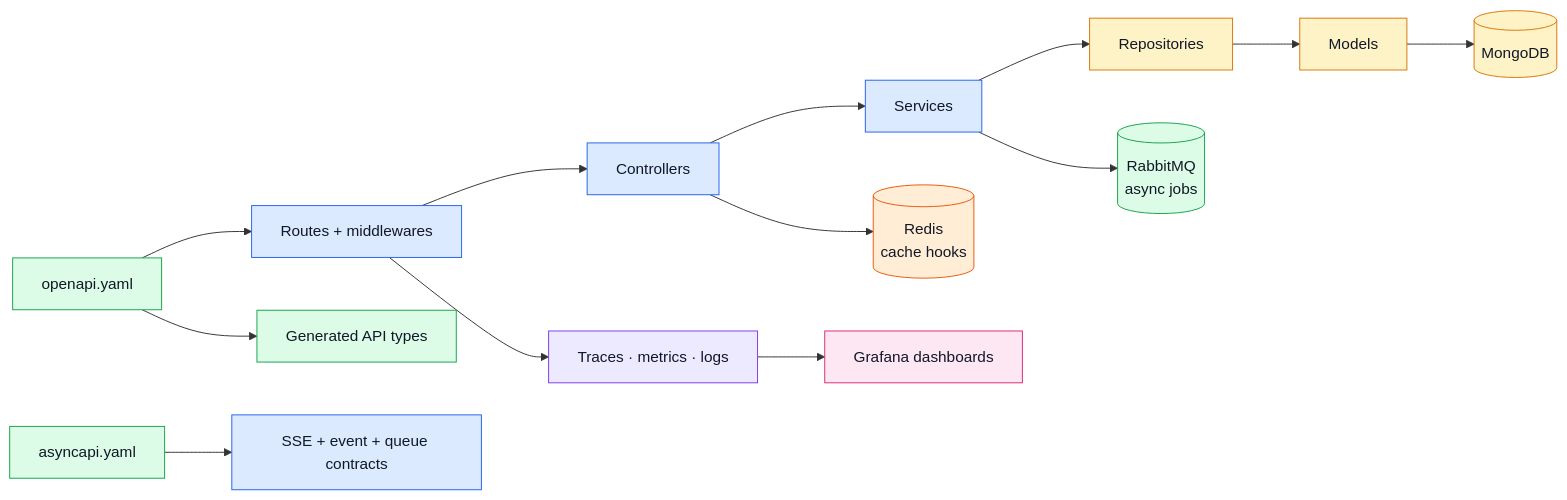
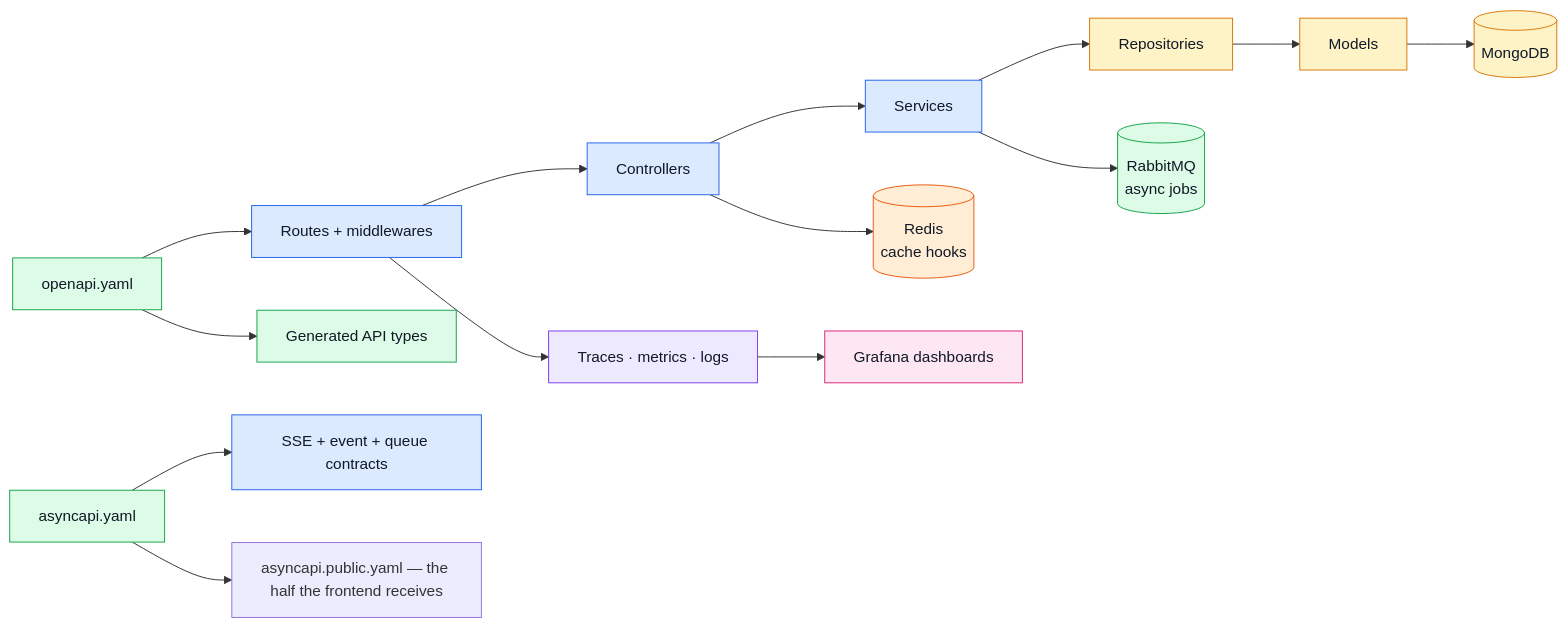
Before and after one commit to Guebbit/boilerplate-node-backend: the second of 2 diagrams in docs/index.md, drawn with Mermaid. The commit also changed 25 other files, not shown here.

````diff
--- a/docs/index.md
+++ b/docs/index.md
@@ -89,32 +89,33 @@
 ```mermaid
 %%{init: {'flowchart': {'nodeSpacing': 55, 'rankSpacing': 70}}}%%
 flowchart LR
     OpenSpec[openapi.yaml] --> Routes[Routes + middlewares]
     AsyncSpec[asyncapi.yaml] --> Realtime[SSE + event + queue contracts]
+    AsyncSpec --> Public[asyncapi.public.yaml — the half the frontend receives]
     Routes --> Controllers[Controllers]
     Controllers --> Services[Services]
     Services --> Repositories[Repositories]
     Repositories --> Models[Models]
     Models --> Mongo[(MongoDB)]
     Services --> Queue[(RabbitMQ\nasync jobs)]
 
     Routes --> Obs[Traces · metrics · logs]
     Controllers --> Cache[(Redis\ncache hooks)]
     Obs --> Grafana[Grafana dashboards]
     OpenSpec --> Types[Generated API types]
 
     classDef contract fill:#dcfce7,stroke:#16a34a,color:#111827;
     classDef app fill:#dbeafe,stroke:#2563eb,color:#111827;
     classDef data fill:#fef3c7,stroke:#d97706,color:#111827;
     classDef cache fill:#ffedd5,stroke:#ea580c,color:#111827;
     classDef queue fill:#dcfce7,stroke:#16a34a,color:#111827;
     classDef ops fill:#ede9fe,stroke:#7c3aed,color:#111827;
     classDef ui fill:#fce7f3,stroke:#db2777,color:#111827;
     class OpenSpec,AsyncSpec,Types contract;
     class Routes,Realtime,Controllers,Services app;
     class Repositories,Models,Mongo data;
     class Cache cache;
     class Queue queue;
     class Obs ops;
     class Grafana ui;
 ```
````
